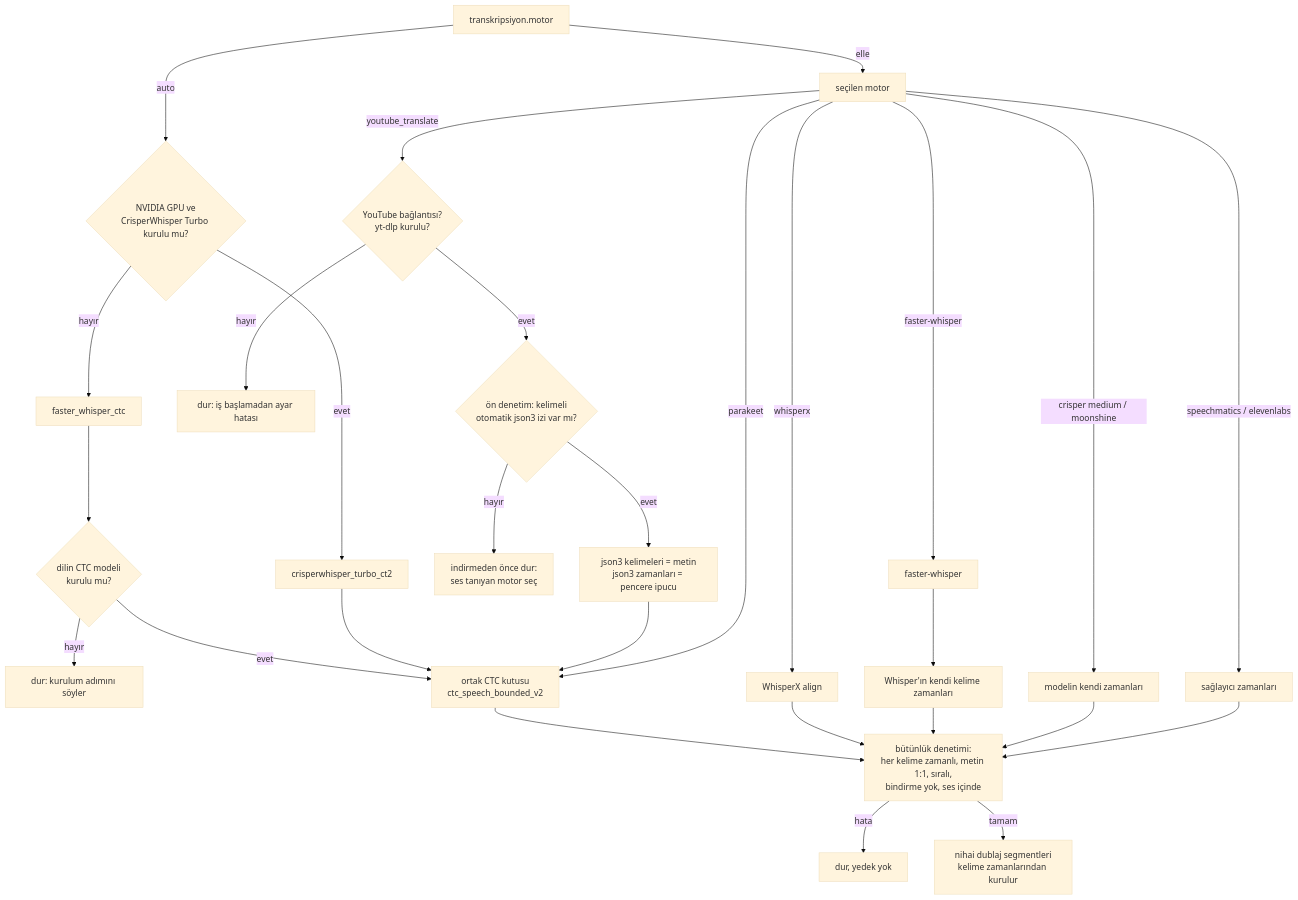
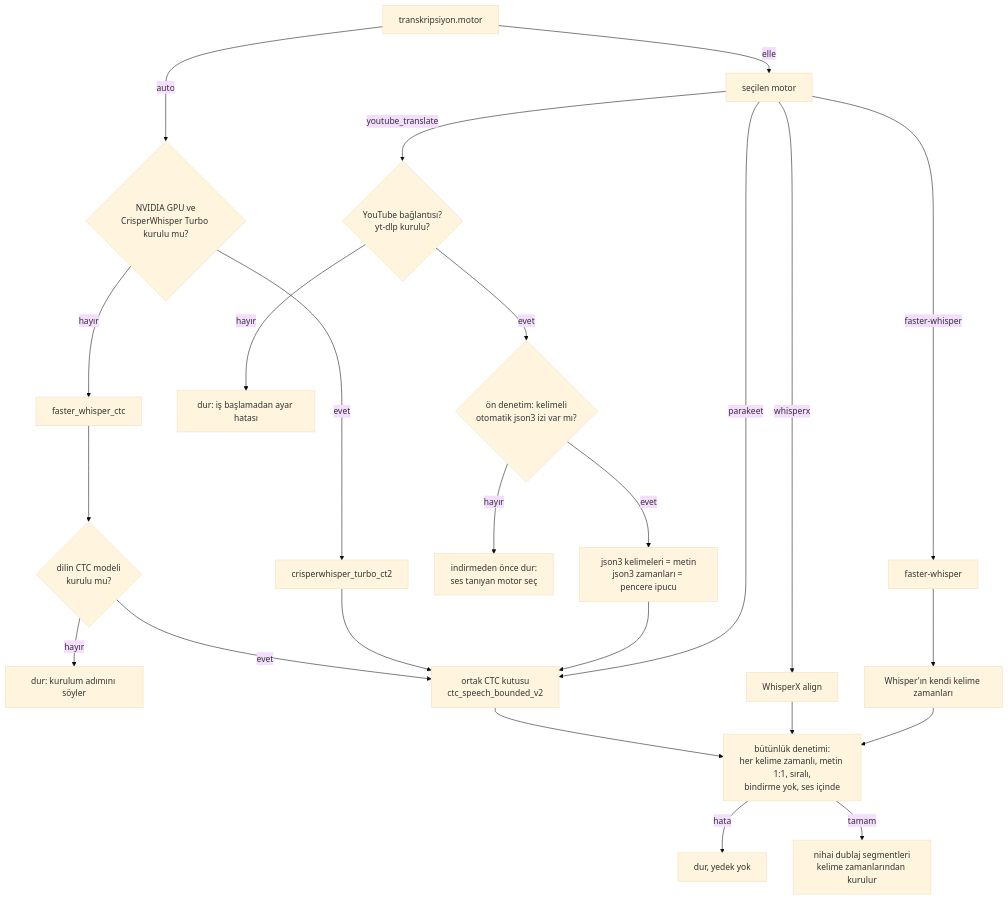
One commit to alexturkey/dubworld changed the diagram in docs/muhendislik/zaman_kaynaklari.md. Above: the diagram before and after it, drawn with Mermaid (base theme). The commit also changed other lines of this file and 76 other files, not shown here.

````diff
--- a/docs/muhendislik/zaman_kaynaklari.md
+++ b/docs/muhendislik/zaman_kaynaklari.md
@@ -48,30 +47,26 @@
 ```mermaid
 flowchart TD
     A[transkripsiyon.motor] -->|auto| B{NVIDIA GPU ve<br/>CrisperWhisper Turbo kurulu mu?}
     B -->|evet| T[crisperwhisper_turbo_ct2]
     B -->|hayır| FC[faster_whisper_ctc]
     FC --> K{dilin CTC modeli<br/>kurulu mu?}
     K -->|hayır| X4[dur: kurulum adımını söyler]
     K -->|evet| CTC
     A -->|elle| E[seçilen motor]
     E -->|youtube_translate| Y{YouTube bağlantısı?<br/>yt-dlp kurulu?}
     Y -->|hayır| X1[dur: iş başlamadan ayar hatası]
     Y -->|evet| P{ön denetim: kelimeli<br/>otomatik json3 izi var mı?}
     P -->|hayır| X2[indirmeden önce dur:<br/>ses tanıyan motor seç]
     P -->|evet| J[json3 kelimeleri = metin<br/>json3 zamanları = pencere ipucu]
     T --> CTC[ortak CTC kutusu<br/>ctc_speech_bounded_v2]
     J --> CTC
     E -->|parakeet| CTC
     E -->|whisperx| WX[WhisperX align]
     E -->|faster-whisper| FW[faster-whisper]
     FW --> N[Whisper'ın kendi kelime zamanları]
-    E -->|crisper medium / moonshine| M[modelin kendi zamanları]
-    E -->|speechmatics / elevenlabs| S[sağlayıcı zamanları]
     CTC --> G[bütünlük denetimi:<br/>her kelime zamanlı, metin 1:1, sıralı,<br/>bindirme yok, ses içinde]
     WX --> G
     N --> G
-    M --> G
-    S --> G
     G -->|hata| X3[dur, yedek yok]
     G -->|tamam| F[nihai dublaj segmentleri<br/>kelime zamanlarından kurulur]
 ```
````
